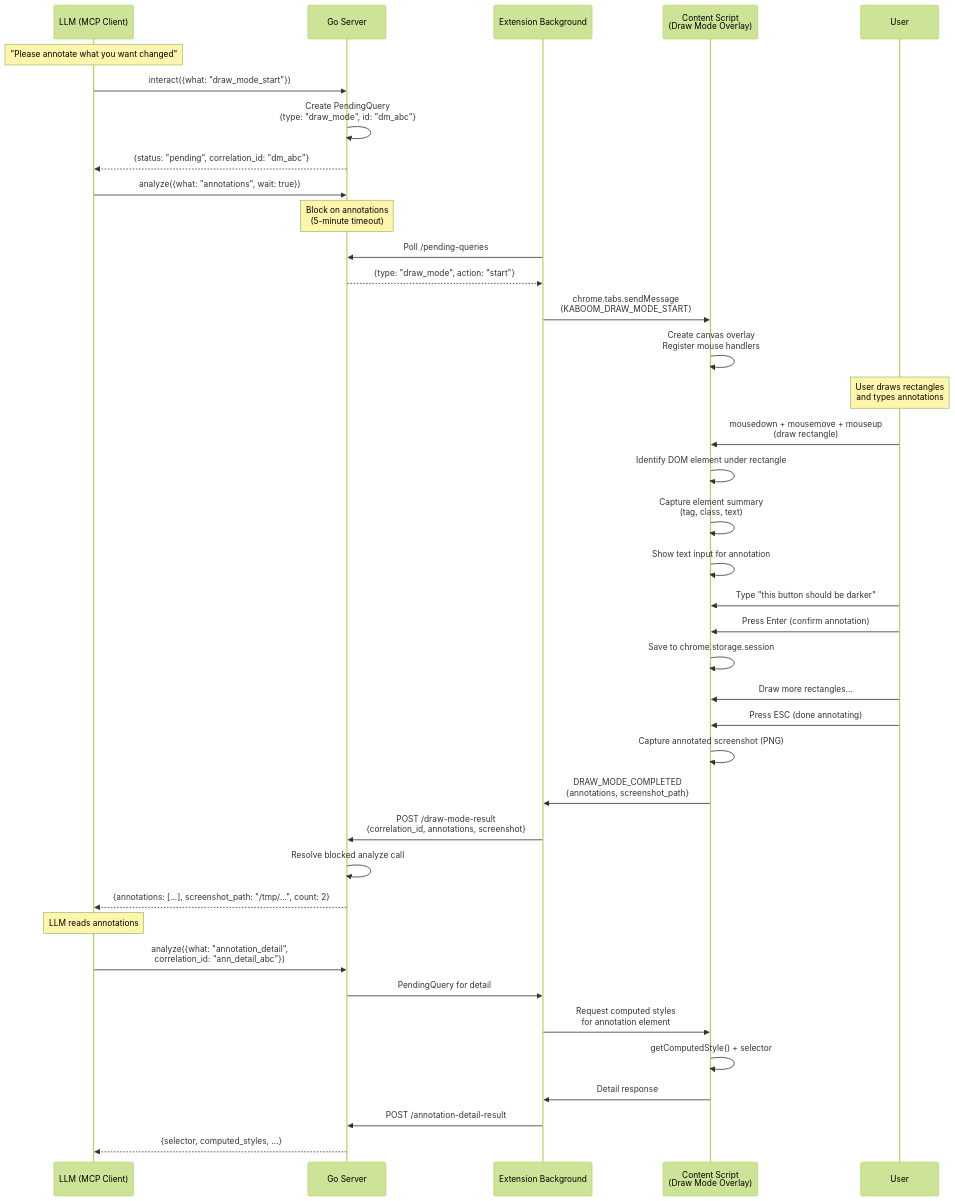
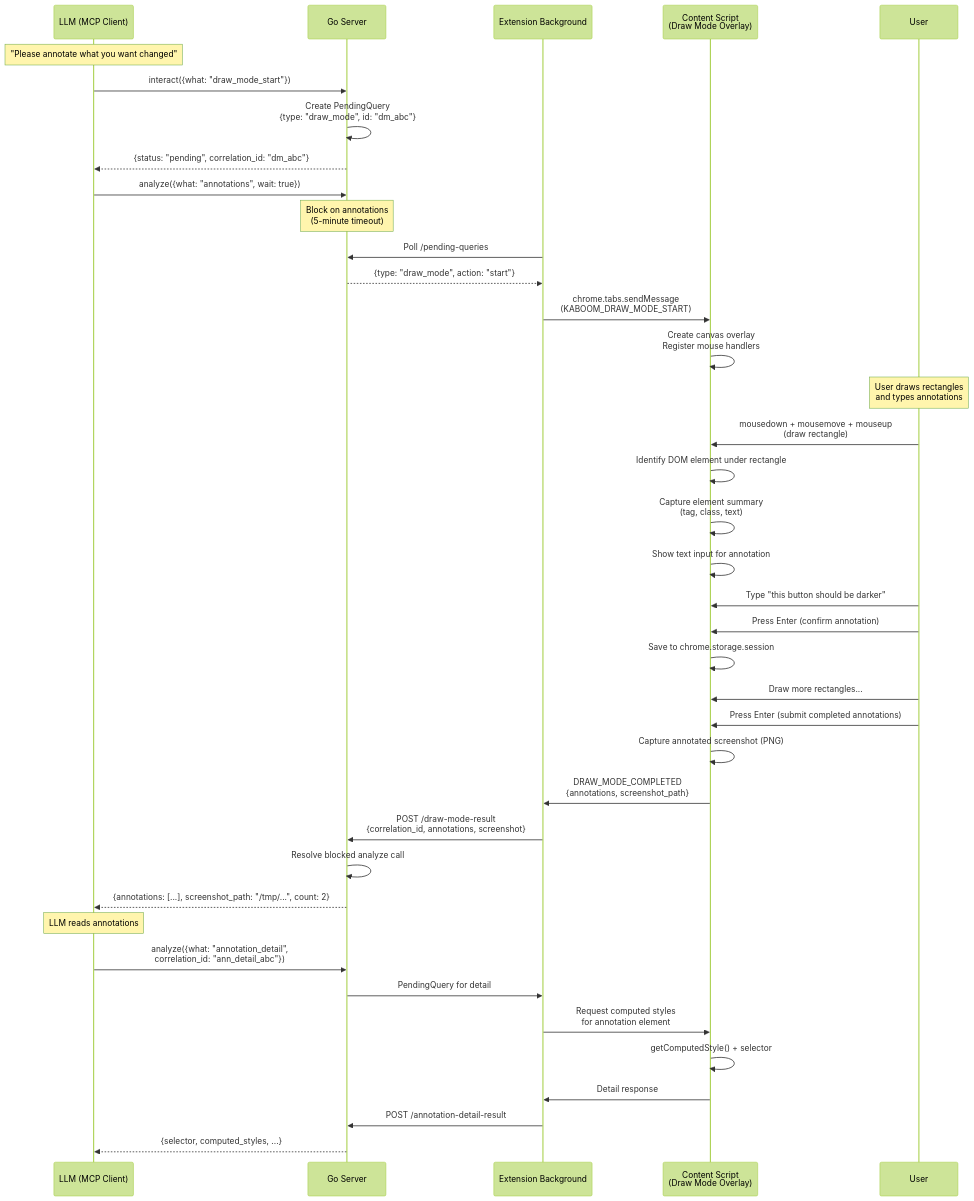
Before and after one commit to brennhill/Kaboom-Browser-AI-Devtools-MCP: the first of 3 diagrams in docs/features/draw-mode/tech-spec.md, drawn with Mermaid (forest theme). The commit also changed other lines of this file and 6 other files, not shown here.

````diff
--- a/docs/features/draw-mode/tech-spec.md
+++ b/docs/features/draw-mode/tech-spec.md
@@ -50,53 +50,53 @@
 ```mermaid
 sequenceDiagram
     participant LLM as LLM (MCP Client)
     participant Server as Go Server
     participant BG as Extension Background
     participant CS as Content Script<br/>(Draw Mode Overlay)
     participant User as User
 
     Note over LLM: "Please annotate what you want changed"
 
     LLM->>Server: interact({what: "draw_mode_start"})
     Server->>Server: Create PendingQuery<br/>{type: "draw_mode", id: "dm_abc"}
     Server-->>LLM: {status: "pending", correlation_id: "dm_abc"}
 
     LLM->>Server: analyze({what: "annotations", wait: true})
     Note over Server: Block on annotations<br/>(5-minute timeout)
 
     BG->>Server: Poll /pending-queries
     Server-->>BG: {type: "draw_mode", action: "start"}
     BG->>CS: chrome.tabs.sendMessage<br/>(KABOOM_DRAW_MODE_START)
     CS->>CS: Create canvas overlay<br/>Register mouse handlers
 
     Note over User: User draws rectangles<br/>and types annotations
 
     User->>CS: mousedown + mousemove + mouseup<br/>(draw rectangle)
     CS->>CS: Identify DOM element under rectangle
     CS->>CS: Capture element summary<br/>(tag, class, text)
     CS->>CS: Show text input for annotation
 
     User->>CS: Type "this button should be darker"
     User->>CS: Press Enter (confirm annotation)
     CS->>CS: Save to chrome.storage.session
 
     User->>CS: Draw more rectangles...
 
-    User->>CS: Press ESC (done annotating)
+    User->>CS: Press Enter (submit completed annotations)
     CS->>CS: Capture annotated screenshot (PNG)
     CS->>BG: DRAW_MODE_COMPLETED<br/>{annotations, screenshot_path}
     BG->>Server: POST /draw-mode-result<br/>{correlation_id, annotations, screenshot}
 
     Server->>Server: Resolve blocked analyze call
     Server-->>LLM: {annotations: [...], screenshot_path: "/tmp/...", count: 2}
 
     Note over LLM: LLM reads annotations
 
     LLM->>Server: analyze({what: "annotation_detail",<br/>correlation_id: "ann_detail_abc"})
     Server->>BG: PendingQuery for detail
     BG->>CS: Request computed styles<br/>for annotation element
     CS->>CS: getComputedStyle() + selector
     CS->>BG: Detail response
     BG->>Server: POST /annotation-detail-result
     Server-->>LLM: {selector, computed_styles, ...}
 ```
````
